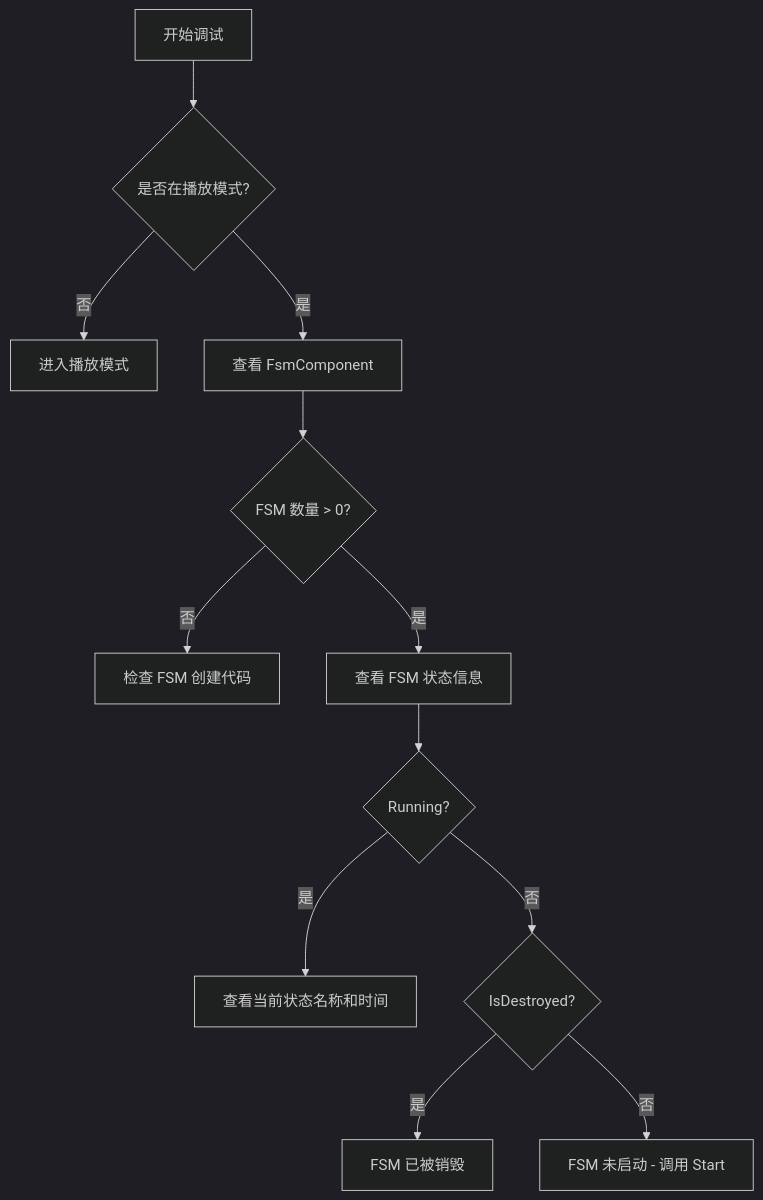
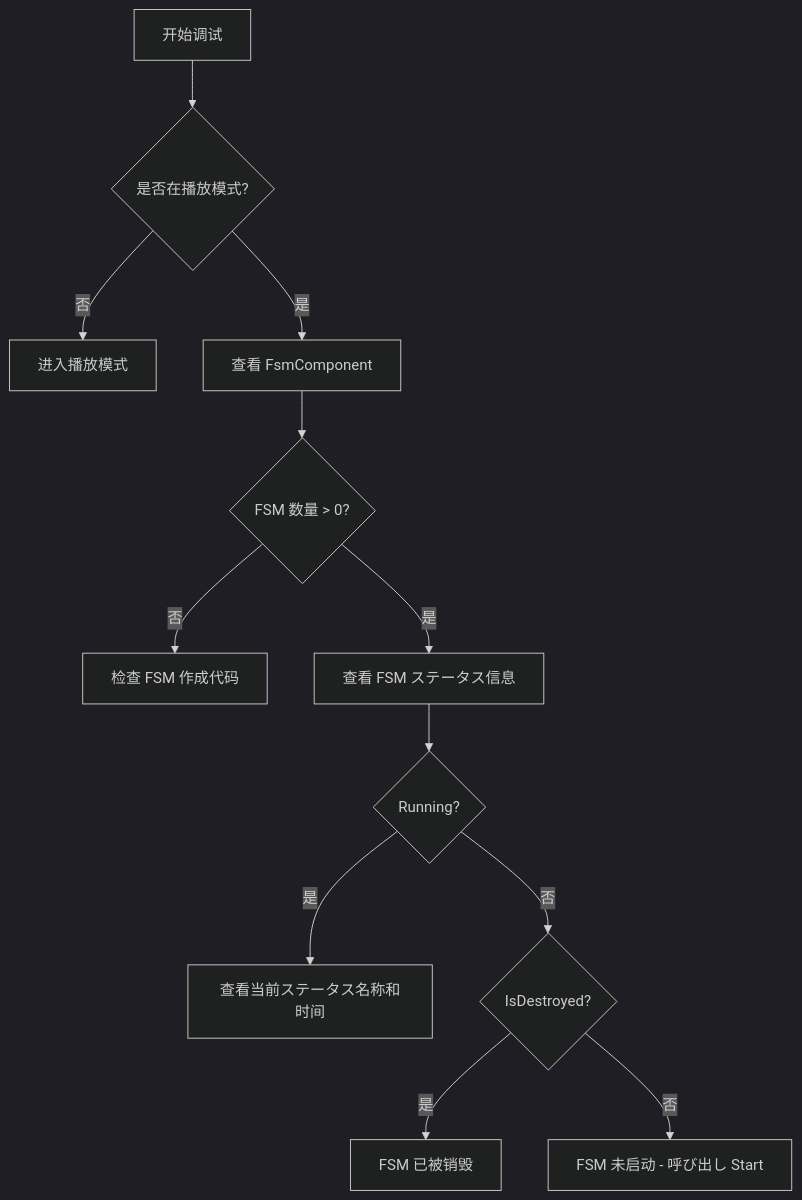
One commit to AlianBlank/GameFrameX.Docs changed the diagram in docs/ja/client/unity/component/fsm/06.troubleshooting.md. Above: the diagram before and after it, drawn with Mermaid (dark theme). The commit also changed other lines of this file and 603 other files, not shown here.

````diff
--- a/docs/ja/client/unity/component/fsm/06.troubleshooting.md
+++ b/docs/ja/client/unity/component/fsm/06.troubleshooting.md
@@ -445,14 +445,14 @@
 ```mermaid
 flowchart TD
     A[开始调试] --> B{是否在播放模式?}
     B -->|否| C[进入播放模式]
     B -->|是| D[查看 FsmComponent]
     D --> E{FSM 数量 > 0?}
-    E -->|否| F[检查 FSM 创建代码]
-    E -->|是| G[查看 FSM 状态信息]
+    E -->|否| F[检查 FSM 作成代码]
+    E -->|是| G[查看 FSM ステータス信息]
     G --> H{Running?}
-    H -->|是| I[查看当前状态名称和时间]
+    H -->|是| I[查看当前ステータス名称和时间]
     H -->|否| J{IsDestroyed?}
     J -->|是| K[FSM 已被销毁]
-    J -->|否| L[FSM 未启动 - 调用 Start]
+    J -->|否| L[FSM 未启动 - 呼び出し Start]
 ```
````
